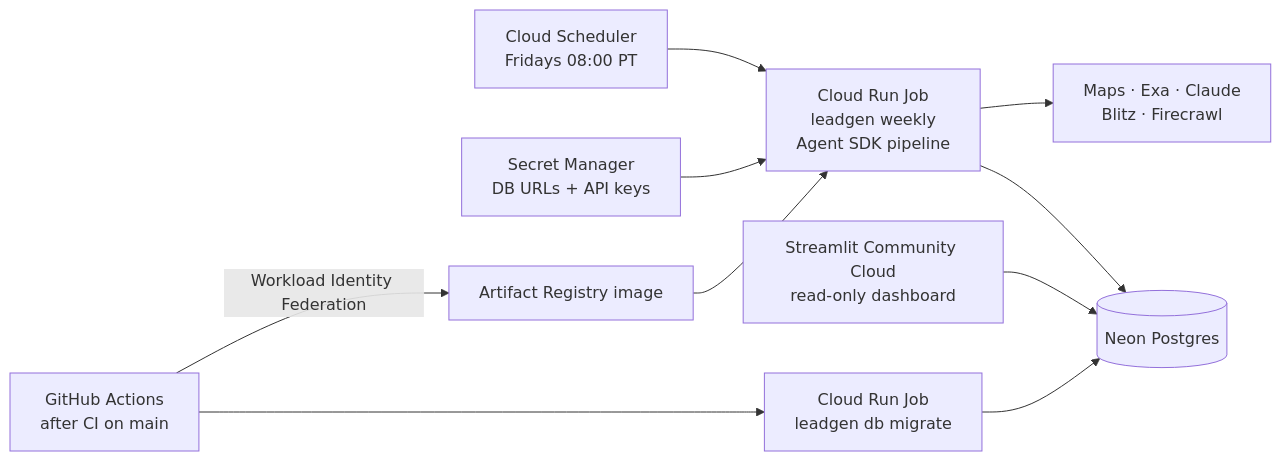
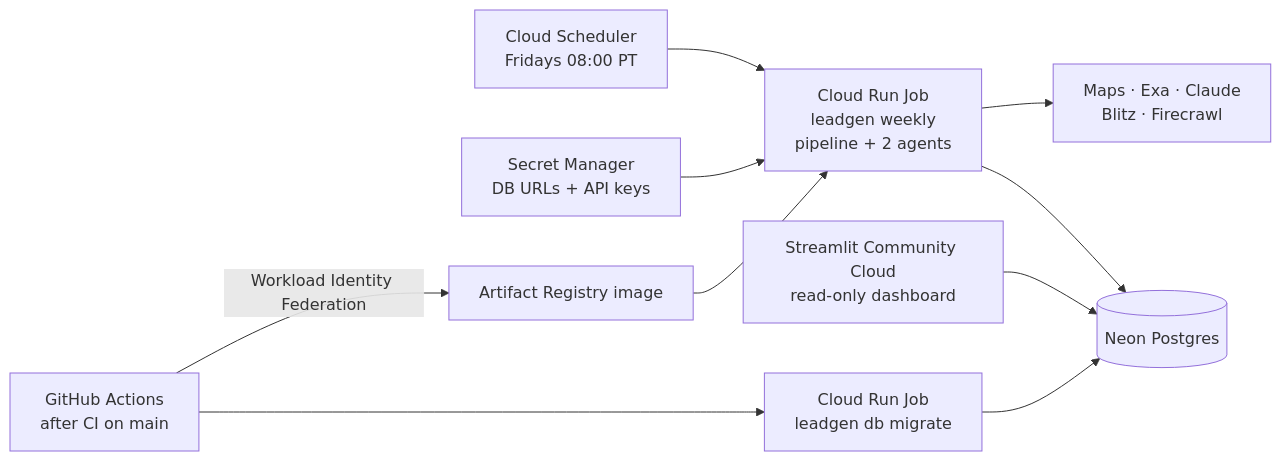
One commit to austinsolomon/applied_AI_portfolio changed the second of 2 diagrams in p1_leadgen_pipeline_hardened_agent/README.md. Above: the diagram before and after it, drawn with Mermaid. The commit also changed other lines of this file and 8 other files, not shown here.

First line of the commit message:
docs(p1): describe the deterministic pipeline and its two agents

````diff
--- a/p1_leadgen_pipeline_hardened_agent/README.md
+++ b/p1_leadgen_pipeline_hardened_agent/README.md
@@ -226,11 +249,11 @@
 ```mermaid
 flowchart LR
-    CS[Cloud Scheduler<br/>Fridays 08:00 PT] --> CR[Cloud Run Job<br/>leadgen weekly<br/>Agent SDK pipeline]
+    CS[Cloud Scheduler<br/>Fridays 08:00 PT] --> CR[Cloud Run Job<br/>leadgen weekly<br/>pipeline + 2 agents]
     SM[Secret Manager<br/>DB URLs + API keys] --> CR
     CR --> API[Maps · Exa · Claude<br/>Blitz · Firecrawl]
     CR --> DB[(Neon Postgres)]
     ST[Streamlit Community Cloud<br/>read-only dashboard] --> DB
     GH[GitHub Actions<br/>after CI on main] -->|Workload Identity Federation| AR[Artifact Registry image]
     AR --> CR
     GH --> MG[Cloud Run Job<br/>leadgen db migrate] --> DB
 ```
````
